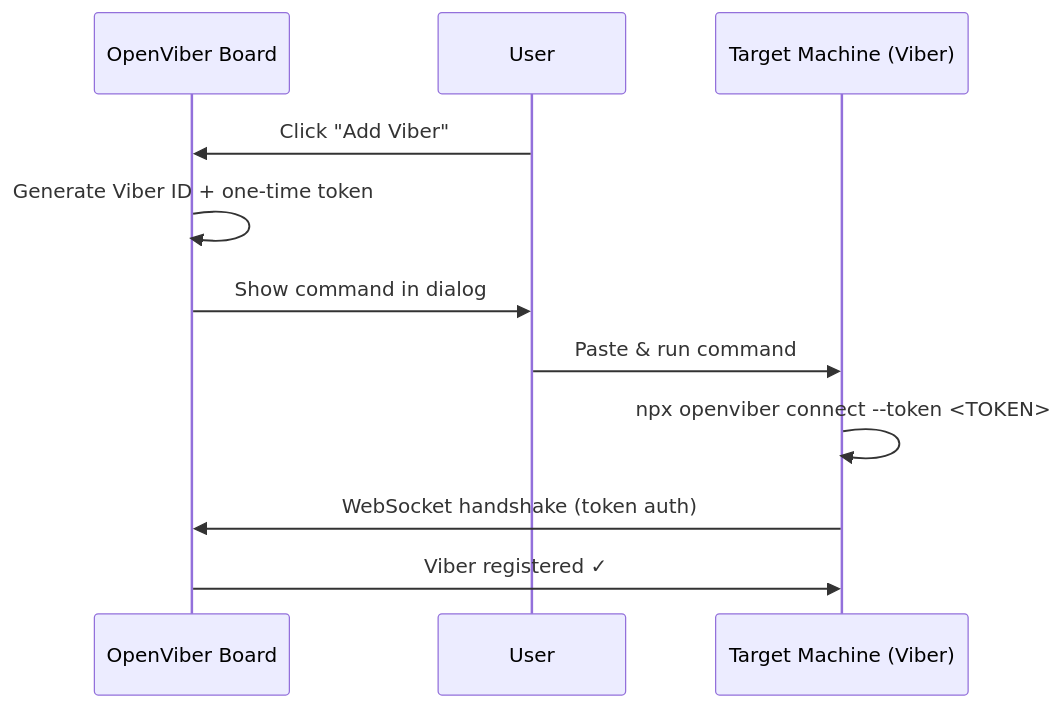
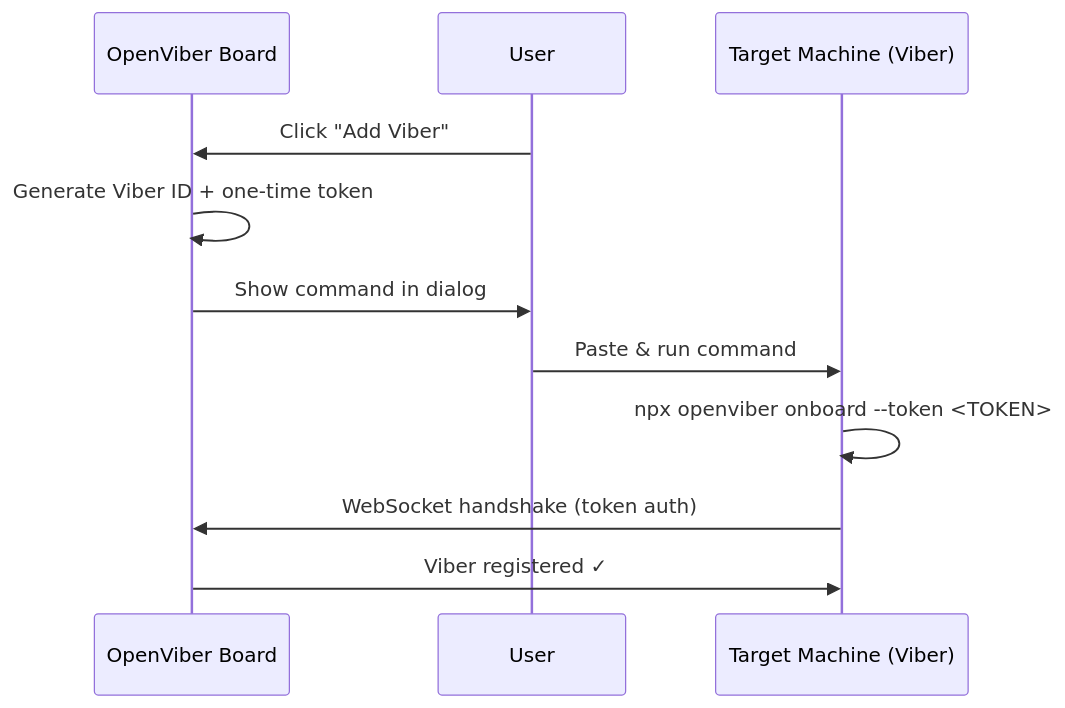
Before and after one commit to dustland/openviber: the third of 3 diagrams in docs/design/viber.md, drawn with Mermaid. The commit also changed other lines of this file and 6 other files, not shown here.

````diff
--- a/docs/design/viber.md
+++ b/docs/design/viber.md
@@ -204,14 +204,14 @@
 ```mermaid
 sequenceDiagram
     participant B as OpenViber Board
     participant U as User
     participant V as Target Machine (Viber)
 
     U->>B: Click "Add Viber"
     B->>B: Generate Viber ID + one-time token
     B->>U: Show command in dialog
     U->>V: Paste & run command
-    V->>V: npx openviber connect --token <TOKEN>
+    V->>V: npx openviber onboard --token <TOKEN>
     V->>B: WebSocket handshake (token auth)
     B->>V: Viber registered ✓
 ```
````
